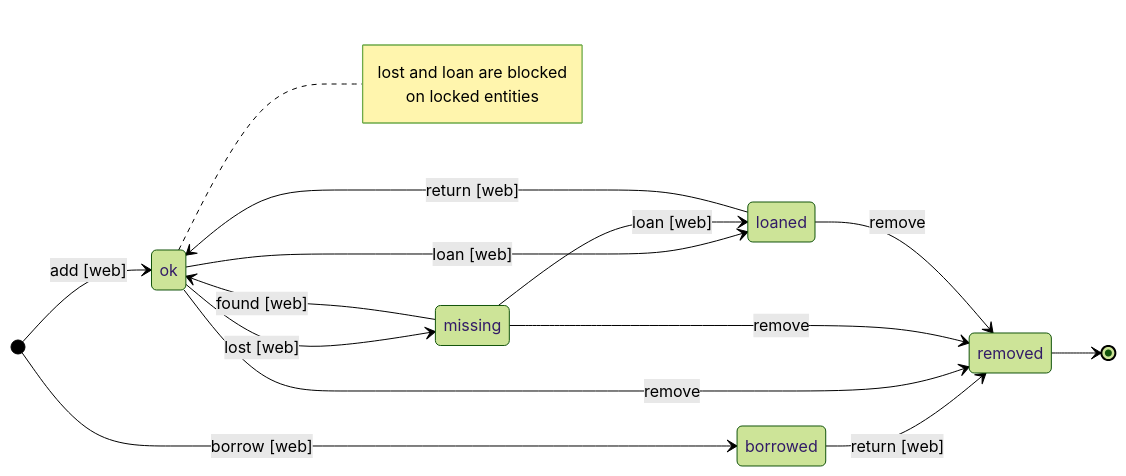
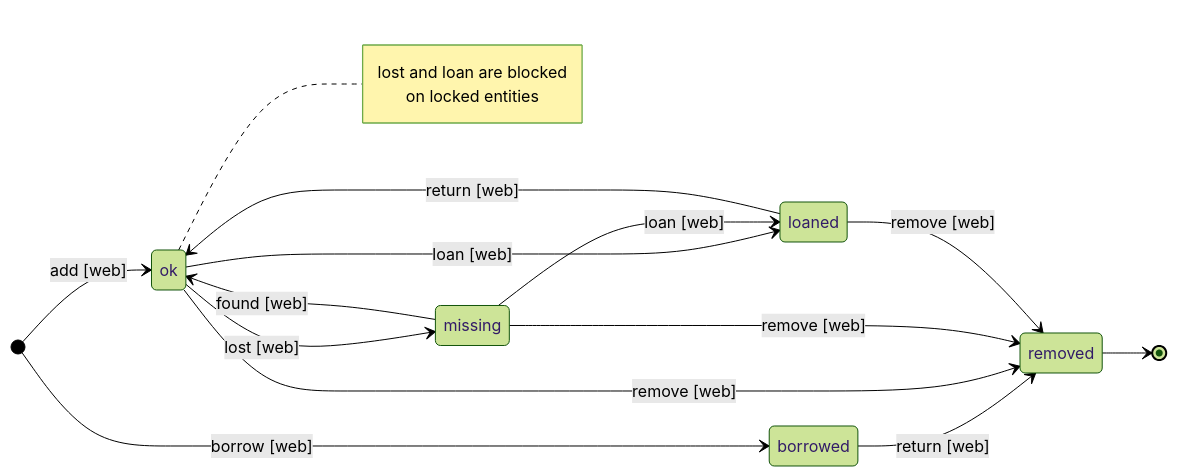
One commit to asphaltbuffet/wherehouse changed the diagram in README.md. Above: the diagram before and after it, drawn with Mermaid (forest theme). The commit also changed other lines of this file and 11 other files, not shown here.

````diff
--- a/README.md
+++ b/README.md
@@ -289,21 +289,21 @@
 ```mermaid
 stateDiagram-v2
     direction LR
     [*] --> ok: add [web]
     [*] --> borrowed: borrow [web]
     ok --> missing: lost [web]
     missing --> ok: found [web]
     ok --> loaned: loan [web]
     missing --> loaned: loan [web]
     loaned --> ok: return [web]
     borrowed --> removed: return [web]
-    ok --> removed: remove
-    missing --> removed: remove
-    loaned --> removed: remove
+    ok --> removed: remove [web]
+    missing --> removed: remove [web]
+    loaned --> removed: remove [web]
     removed --> [*]
 
     note right of ok
         lost and loan are blocked
         on locked entities
     end note
 ```
````
